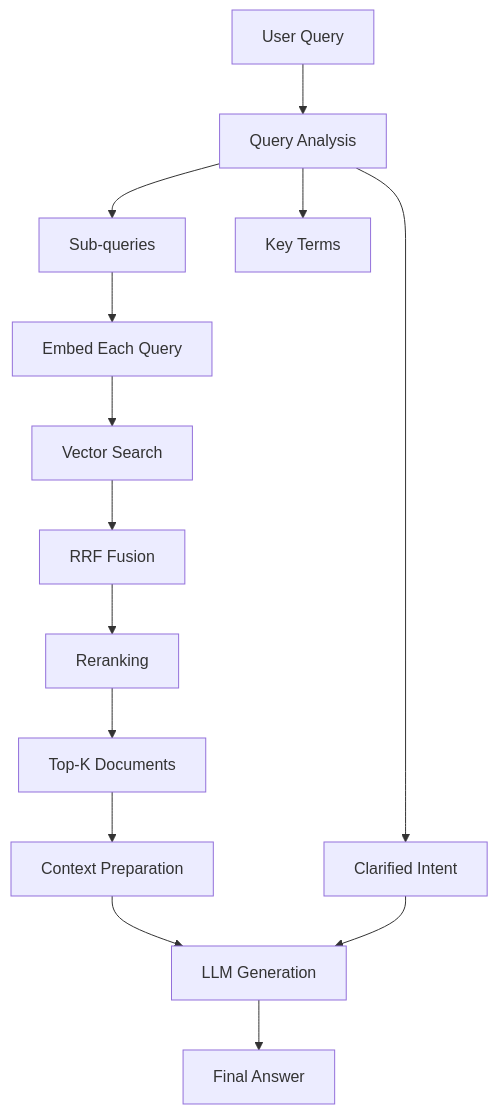
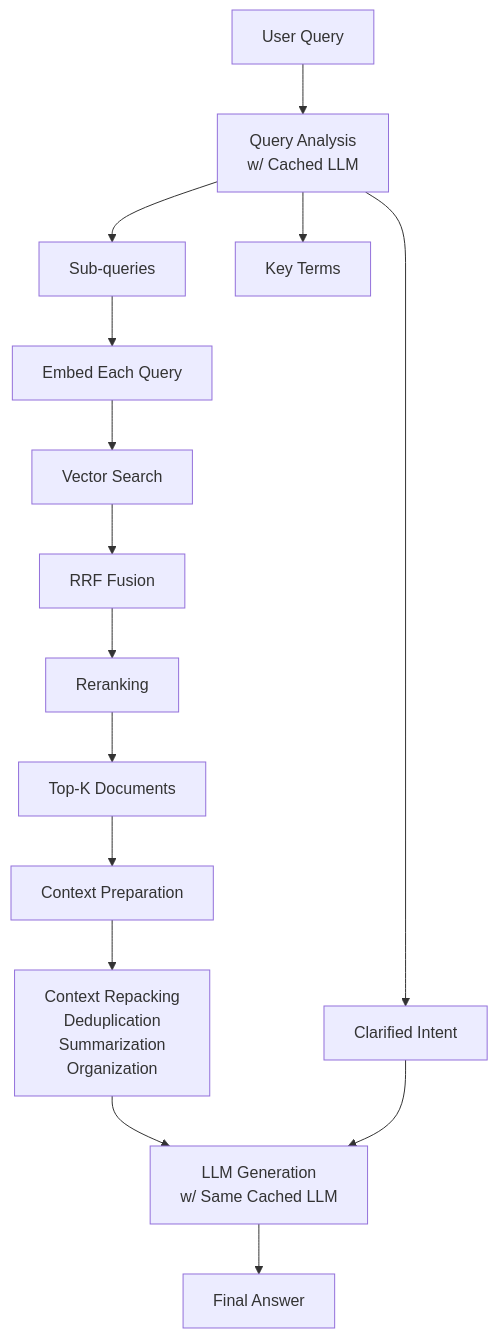
The fourth of 4 diagrams in README.md (scientist-labs/ragnar-cli), drawn with Mermaid before and after one commit. The commit also changed other lines of this file and 5 other files, not shown here.

Commit message:
Adding a repacking step and caching the LLM

````diff
--- a/README.md
+++ b/README.md
@@ -92,22 +97,24 @@
 ```mermaid
 flowchart TB
-    Q[User Query] --> QA[Query Analysis]
+    Q[User Query] --> QA[Query Analysis<br/>w/ Cached LLM]
     
     QA --> CI[Clarified Intent]
     QA --> SQ[Sub-queries]
     QA --> KT[Key Terms]
     
     SQ --> EMB[Embed Each Query]
     EMB --> VS[Vector Search]
     
     VS --> RRF[RRF Fusion]
     RRF --> RANK[Reranking]
     
     RANK --> TOP[Top-K Documents]
     TOP --> CTX[Context Preparation]
     
-    CTX --> GEN[LLM Generation]
+    CTX --> REPACK[Context Repacking<br/>Deduplication<br/>Summarization<br/>Organization]
+    
+    REPACK --> GEN[LLM Generation<br/>w/ Same Cached LLM]
     CI --> GEN
     
     GEN --> ANS[Final Answer]
 ```
````
